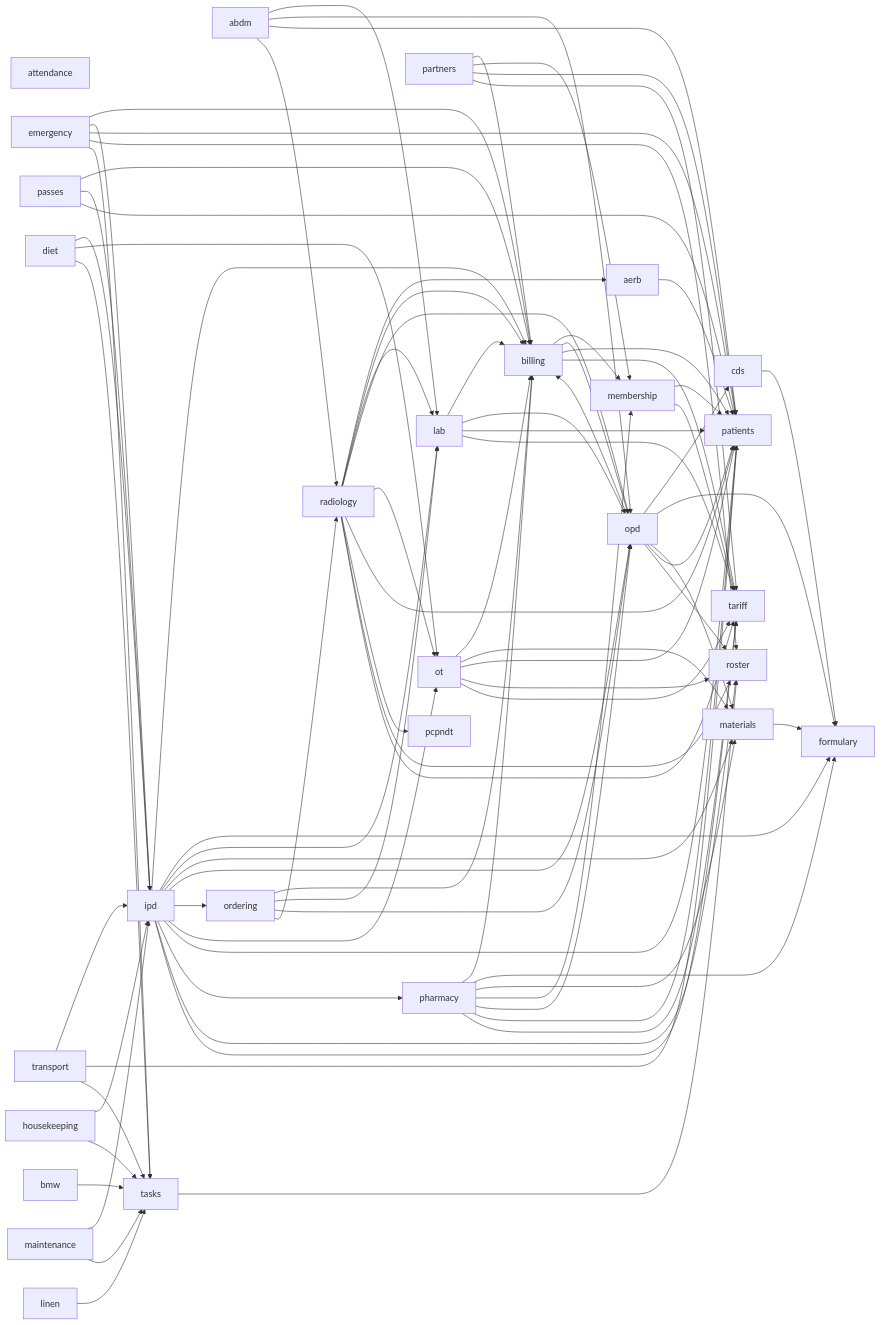
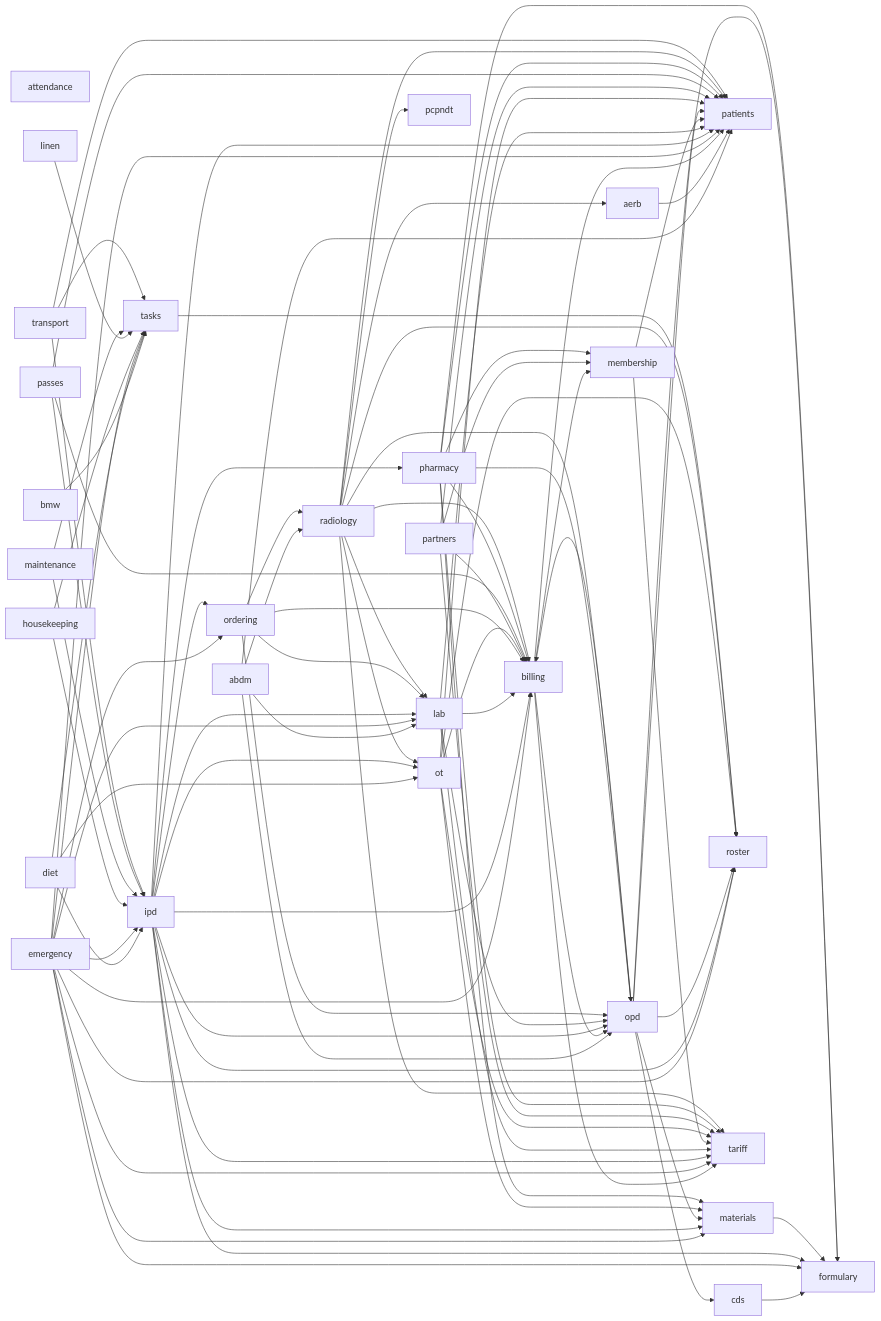
The second of 2 diagrams in docs/architecture/README.md (ankits3a/hims-hmis), drawn with Mermaid before and after one commit. The commit also changed other lines of this file and 50 other files, not shown here.

First line of the commit message:
feat(emergency): ER lane 3 — care: notes, STAT orders via the ordering door, ER issue and dose record, procedures, consent, specialty calls, criticals, stabilised; the ER encounter resolver and charge sink (#810)

```diff
--- a/docs/architecture/README.md
+++ b/docs/architecture/README.md
@@ -74,9 +74,14 @@
   diet --> ot
   diet --> tasks
   emergency --> billing
+  emergency --> formulary
   emergency --> ipd
+  emergency --> lab
+  emergency --> materials
+  emergency --> ordering
   emergency --> patients
   emergency --> roster
+  emergency --> tariff
   emergency --> tasks
   housekeeping --> ipd
   housekeeping --> tasks
```
